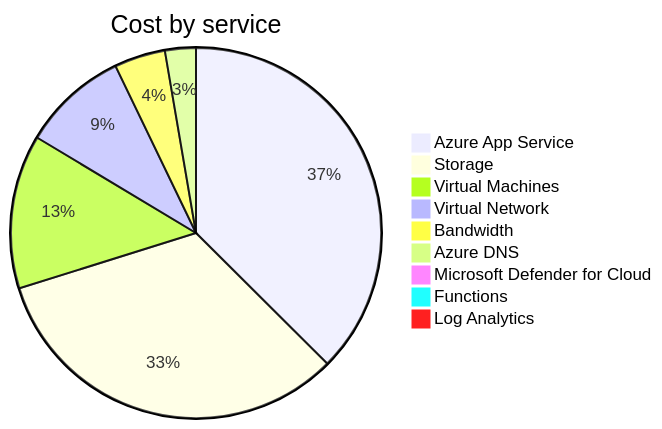
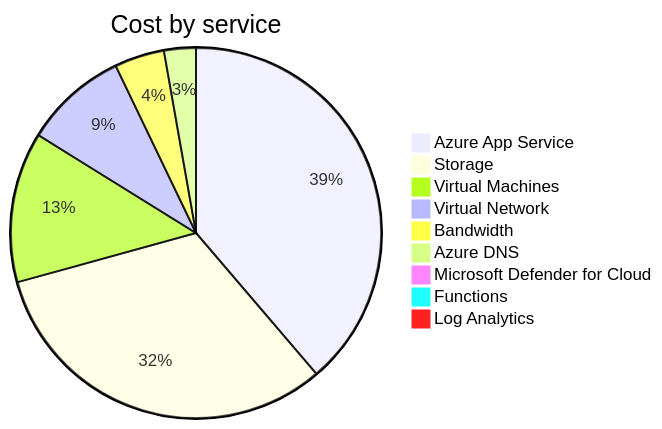
One commit to jpfulton/azure-personal-reports changed the second of 4 diagrams in cost-reports/accumulated-cost.md. Above: the diagram before and after it, drawn with Mermaid. The commit also changed other lines of this file and 4 other files, not shown here.

````diff
--- a/cost-reports/accumulated-cost.md
+++ b/cost-reports/accumulated-cost.md
@@ -103,13 +103,13 @@
 ```mermaid
 pie
    title Cost by service
-   "Azure App Service" : 10.01
-   "Storage" : 8.74
+   "Azure App Service" : 10.60
+   "Storage" : 8.75
    "Virtual Machines" : 3.59
    "Virtual Network" : 2.47
    "Bandwidth" : 1.19
-   "Azure DNS" : 0.72
+   "Azure DNS" : 0.76
    "Microsoft Defender for Cloud" : 0.10
    "Functions" : 0.00
    "Log Analytics" : 0.00
 ```
````
